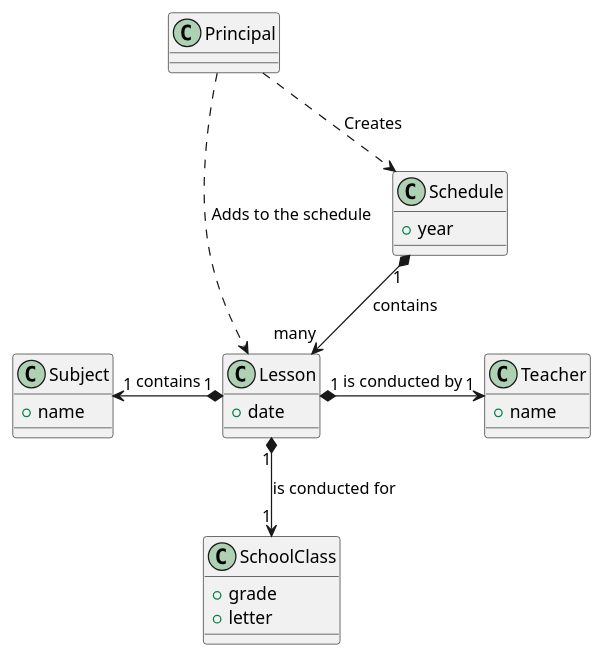
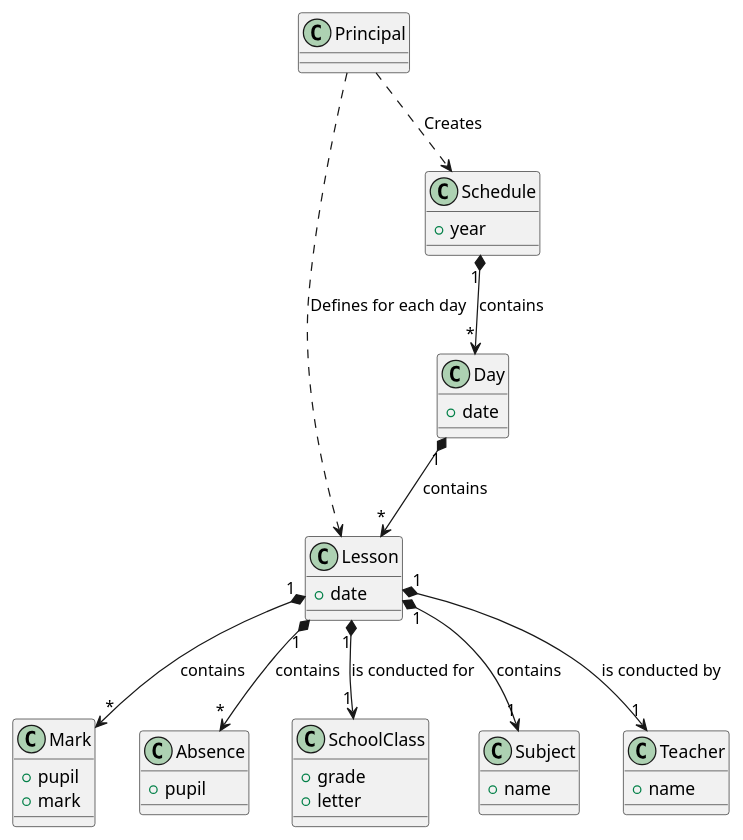
The diagram in scheduleservice/src/main/resources/doc/schedule-service-bounded-context.puml (vzhuleho/microservices-school), drawn with PlantUML before and after one commit. The commit also changed 61 other files, not shown here.

```diff
--- a/scheduleservice/src/main/resources/doc/schedule-service-bounded-context.puml
+++ b/scheduleservice/src/main/resources/doc/schedule-service-bounded-context.puml
@@ -1,35 +1,51 @@
 @startuml
 class Principal {
 }
 
 class Lesson {
   +date
+}
+
+class Mark {
+  +pupil
+  +mark
+}
+
+class Absence {
+  +pupil
 }
 
 class SchoolClass {
   +grade
   +letter
 }
 
 class Subject {
   +name
 }
 
 class Teacher {
   +name
 }
 
 class Schedule {
   +year
 }
 
+class Day {
+  +date
+}
+
 
 Principal .-> Schedule : Creates
-Principal .-> Lesson : Adds to the schedule
-Lesson "1" *-down-> "1" SchoolClass : is conducted for
-Lesson "1" *-left-> "1" Subject : contains
-Lesson "1" *-right-> "1" Teacher : is conducted by
-Schedule "1" *-down-> "many" Lesson : contains
+Principal .-> Lesson : Defines for each day
+Lesson "1" *--> "1" SchoolClass : is conducted for
+Lesson "1" *--> "1" Subject : contains
+Lesson "1" *--> "1" Teacher : is conducted by
+Lesson "1" *--> "*" Mark : contains
+Lesson "1" *--> "*" Absence : contains
+Schedule "1" *--> "*" Day : contains
+Day "1" *--> "*" Lesson : contains
 
 
 @enduml
```
